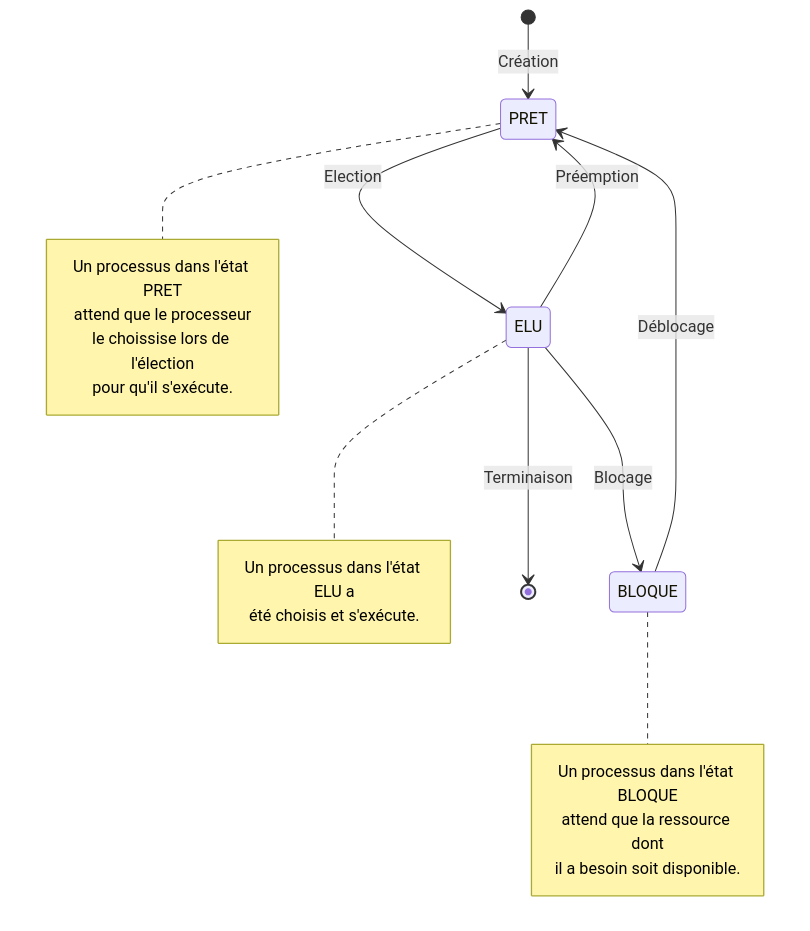
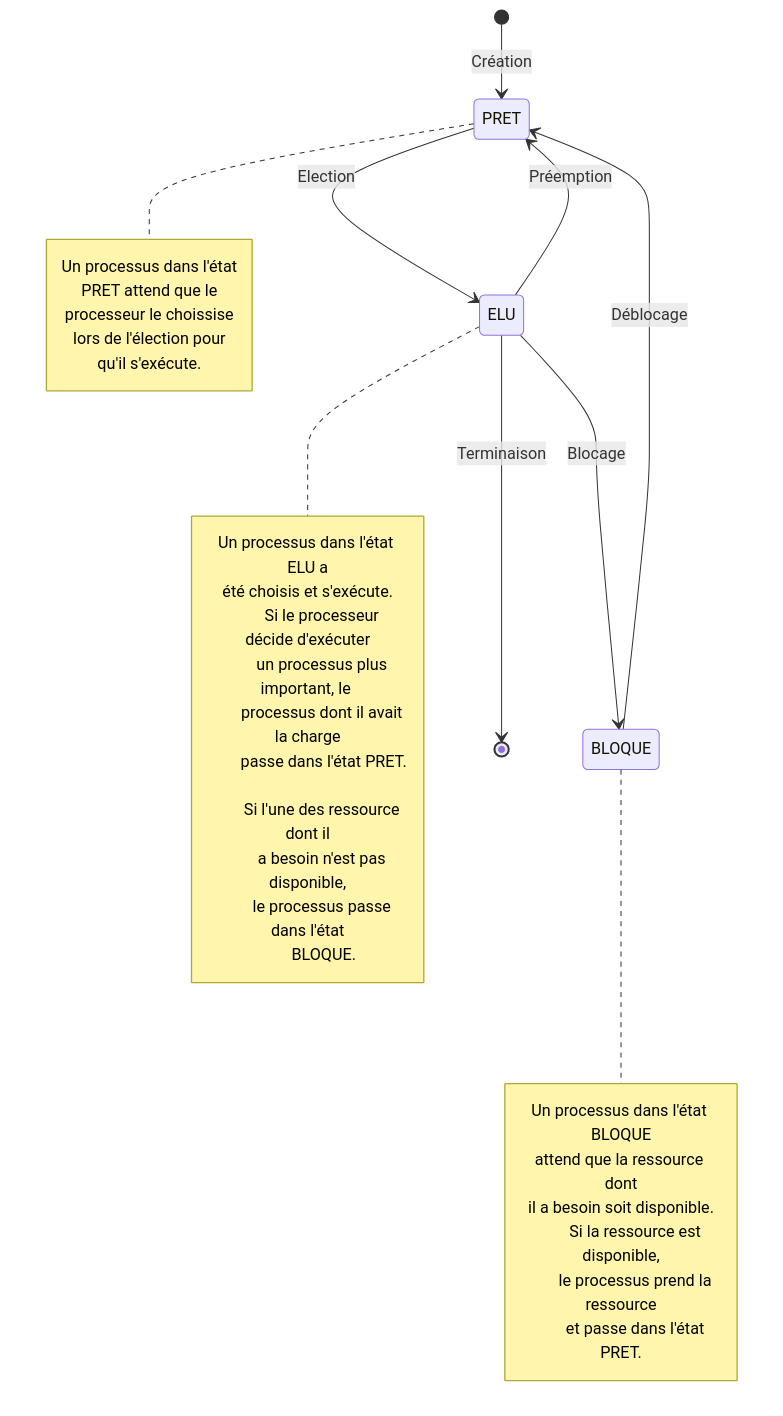
One commit to boddaert/nsi changed the diagram in terminale/Architecture des machines/Gestion_des_processus_et_des_ressources.md. Above: the diagram before and after it, drawn with Mermaid.

````diff
--- a/terminale/Architecture des machines/Gestion_des_processus_et_des_ressources.md
+++ b/terminale/Architecture des machines/Gestion_des_processus_et_des_ressources.md
@@ -33,28 +33,43 @@
 ```mermaid
 stateDiagram-v2
     direction TB
     A : PRET
     note right of A
-        Un processus dans l'état PRET
-        attend que le processeur
-        le choissise lors de l'élection
-        pour qu'il s'exécute.
+        Un processus dans l'état
+        PRET attend que le
+        processeur le choissise
+        lors de l'élection pour
+        qu'il s'exécute.
     end note
     B : ELU
     note right of B
         Un processus dans l'état ELU a
         été choisis et s'exécute.
+
+        Si le processeur décide d'exécuter
+        un processus plus important, le 
+        processus dont il avait la charge
+        passe dans l'état PRET.
+
+        Si l'une des ressource dont il
+        a besoin n'est pas disponible,
+        le processus passe dans l'état
+        BLOQUE.
     end note
     C : BLOQUE
     note right of C
         Un processus dans l'état BLOQUE
         attend que la ressource dont
         il a besoin soit disponible.
+
+        Si la ressource est disponible,
+        le processus prend la ressource
+        et passe dans l'état PRET.
     end note
     [*] --> A : Création
     A --> B : Election
     B --> A : Préemption
     B --> C : Blocage
     B --> [*] : Terminaison
     C --> A : Déblocage
 ```
````
